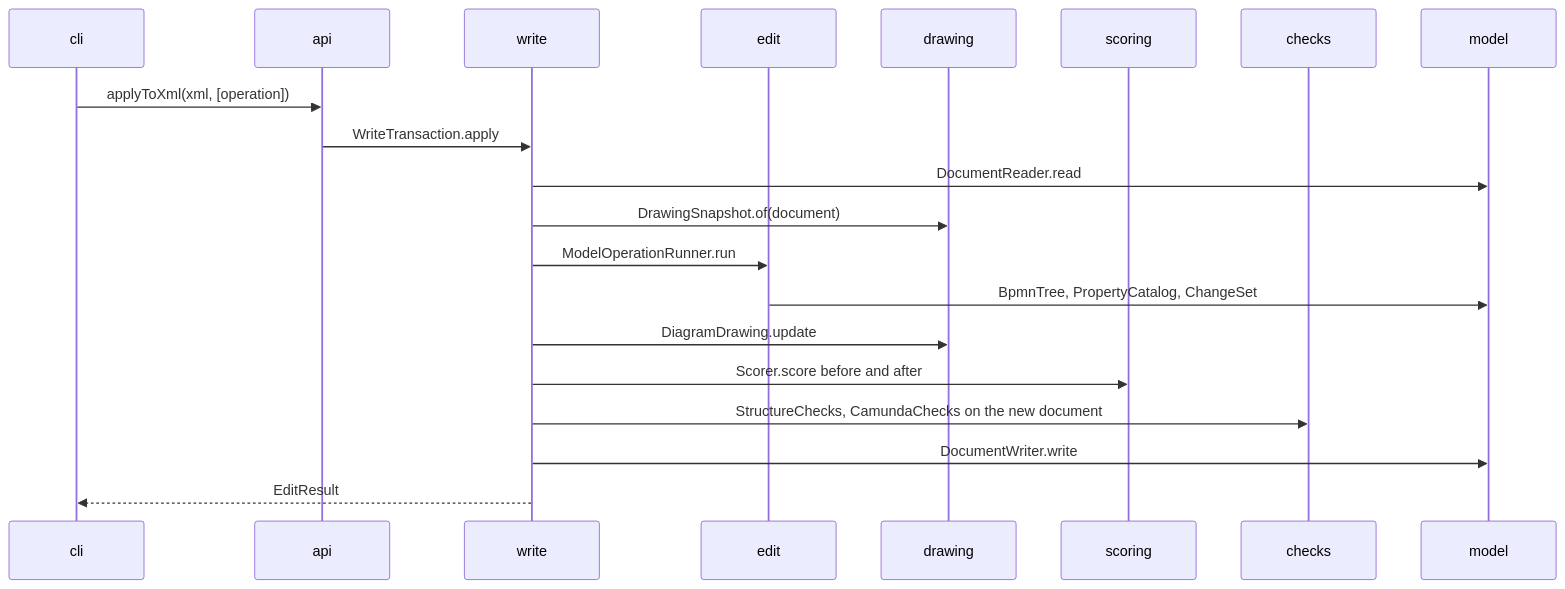
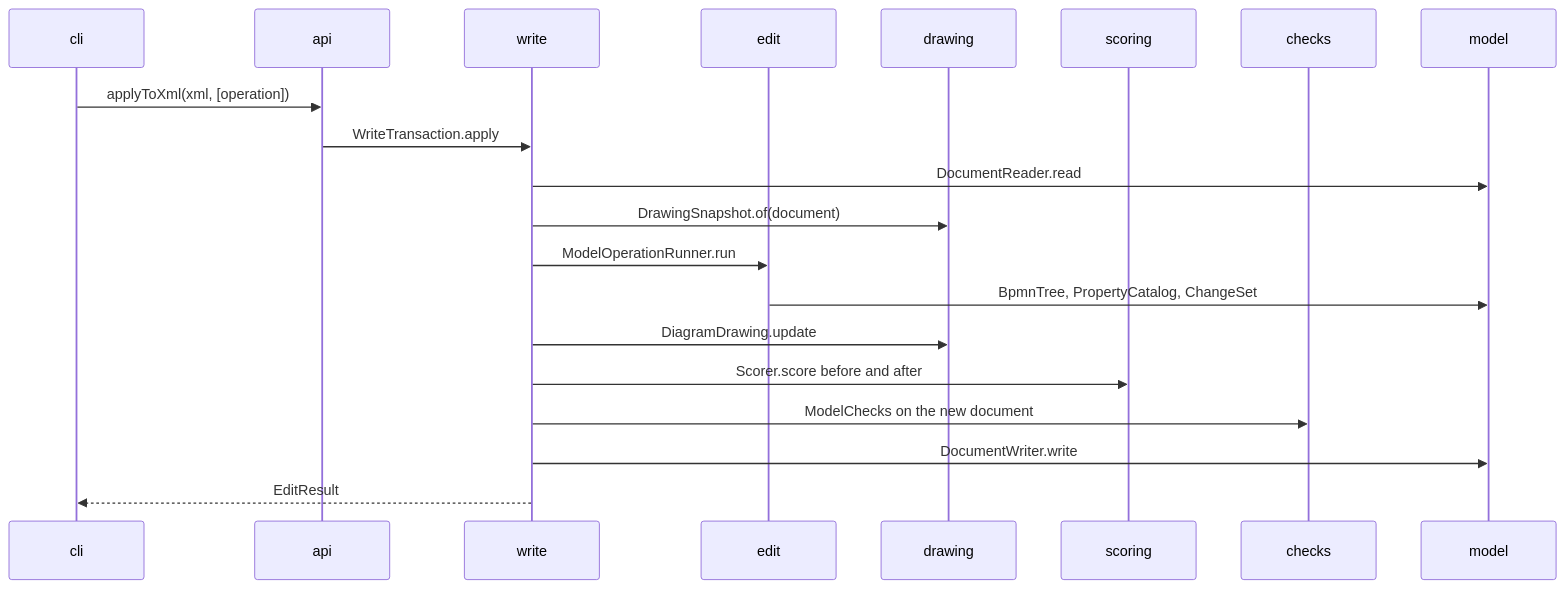
One commit to Miragon/bpmn-cli changed the diagram in docs/plan/layers.md. Above: the diagram before and after it, drawn with Mermaid. The commit also changed other lines of this file and 8 other files, not shown here.

````diff
--- a/docs/plan/layers.md
+++ b/docs/plan/layers.md
@@ -85,22 +85,22 @@
 ```mermaid
 sequenceDiagram
   participant cli
   participant api
   participant write
   participant edit
   participant drawing
   participant scoring
   participant checks
   participant model
   cli->>api: applyToXml(xml, [operation])
   api->>write: WriteTransaction.apply
   write->>model: DocumentReader.read
   write->>drawing: DrawingSnapshot.of(document)
   write->>edit: ModelOperationRunner.run
   edit->>model: BpmnTree, PropertyCatalog, ChangeSet
   write->>drawing: DiagramDrawing.update
   write->>scoring: Scorer.score before and after
-  write->>checks: StructureChecks, CamundaChecks on the new document
+  write->>checks: ModelChecks on the new document
   write->>model: DocumentWriter.write
   write-->>cli: EditResult
 ```
````
